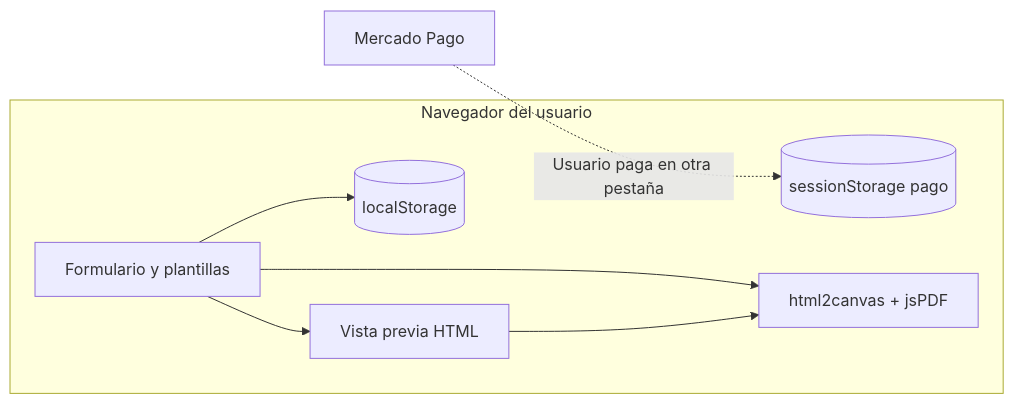
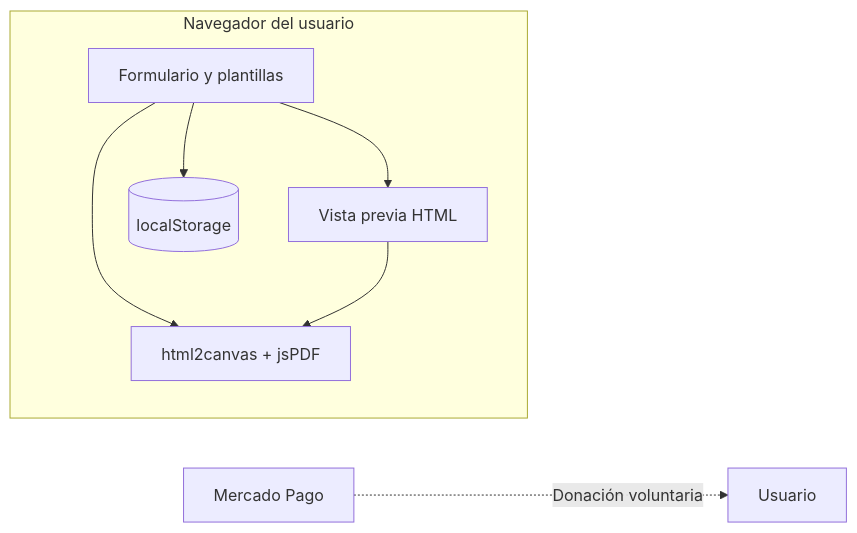
The diagram in ENTREGA.md (wald2400/cv-generator), drawn with Mermaid before and after one commit. The commit also changed other lines of this file and 6 other files, not shown here.

````diff
--- a/ENTREGA.md
+++ b/ENTREGA.md
@@ -57,15 +57,14 @@
 ```mermaid
 flowchart LR
     subgraph Cliente["Navegador del usuario"]
         UI[Formulario y plantillas]
         LS[(localStorage)]
-        SS[(sessionStorage pago)]
         Prev[Vista previa HTML]
         PDF[html2canvas + jsPDF]
     end
     UI --> Prev
     UI --> LS
     UI --> PDF
     Prev --> PDF
-    MP[Mercado Pago] -.->|Usuario paga en otra pestaña| SS
+    MP[Mercado Pago] -.->|Donación voluntaria| Usuario[Usuario]
 ```
````
